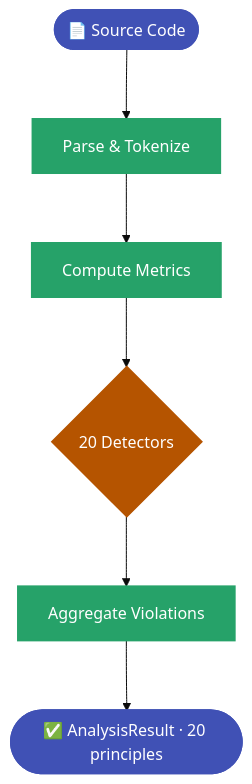
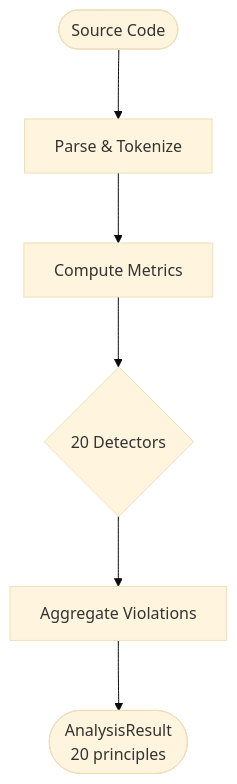
Before and after one commit to Anselmoo/mcp-zen-of-languages: the third of 4 diagrams in docs/user-guide/languages/ansible.md, drawn with Mermaid. The commit also changed other lines of this file and 18 other files, not shown here.

````diff
--- a/docs/user-guide/languages/ansible.md
+++ b/docs/user-guide/languages/ansible.md
@@ -510,16 +424,9 @@
     ```mermaid
-%%{init: {"theme": "base", "flowchart": {"useMaxWidth": false, "htmlLabels": true, "nodeSpacing": 50, "rankSpacing": 70}}}%%
+    %%{init: {"theme": "base", "flowchart": {"useMaxWidth": false, "htmlLabels": true, "nodeSpacing": 50, "rankSpacing": 70}}}%%
     flowchart TD
-    Source(["📄 Source Code"]) --> Parse["Parse & Tokenize"]
+    Source(["Source Code"]) --> Parse["Parse & Tokenize"]
     Parse --> Metrics["Compute Metrics"]
     Metrics --> Pipeline{"20 Detectors"}
     Pipeline --> Collect["Aggregate Violations"]
-    Collect --> Result(["✅ AnalysisResult · 20 principles"])
-
-    classDef io fill:#4051b5,color:#ffffff,stroke:#4051b5,stroke-width:2px
-    classDef process fill:#26a269,color:#ffffff,stroke:#26a269,stroke-width:2px
-    classDef decision fill:#b55400,color:#ffffff,stroke:#b55400,stroke-width:2px
-    class Source,Result io
-    class Parse,Metrics,Collect process
-    class Pipeline decision
+    Collect --> Result(["AnalysisResult<br/>20 principles"])
     ```
````
